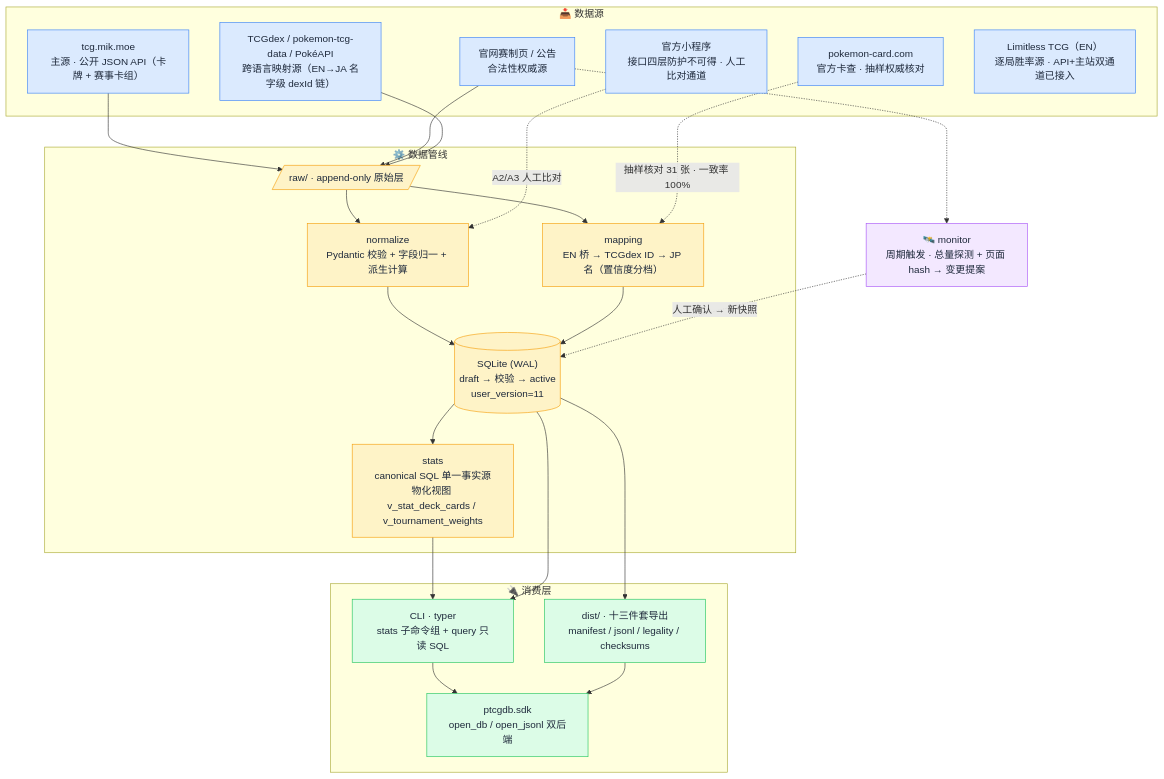
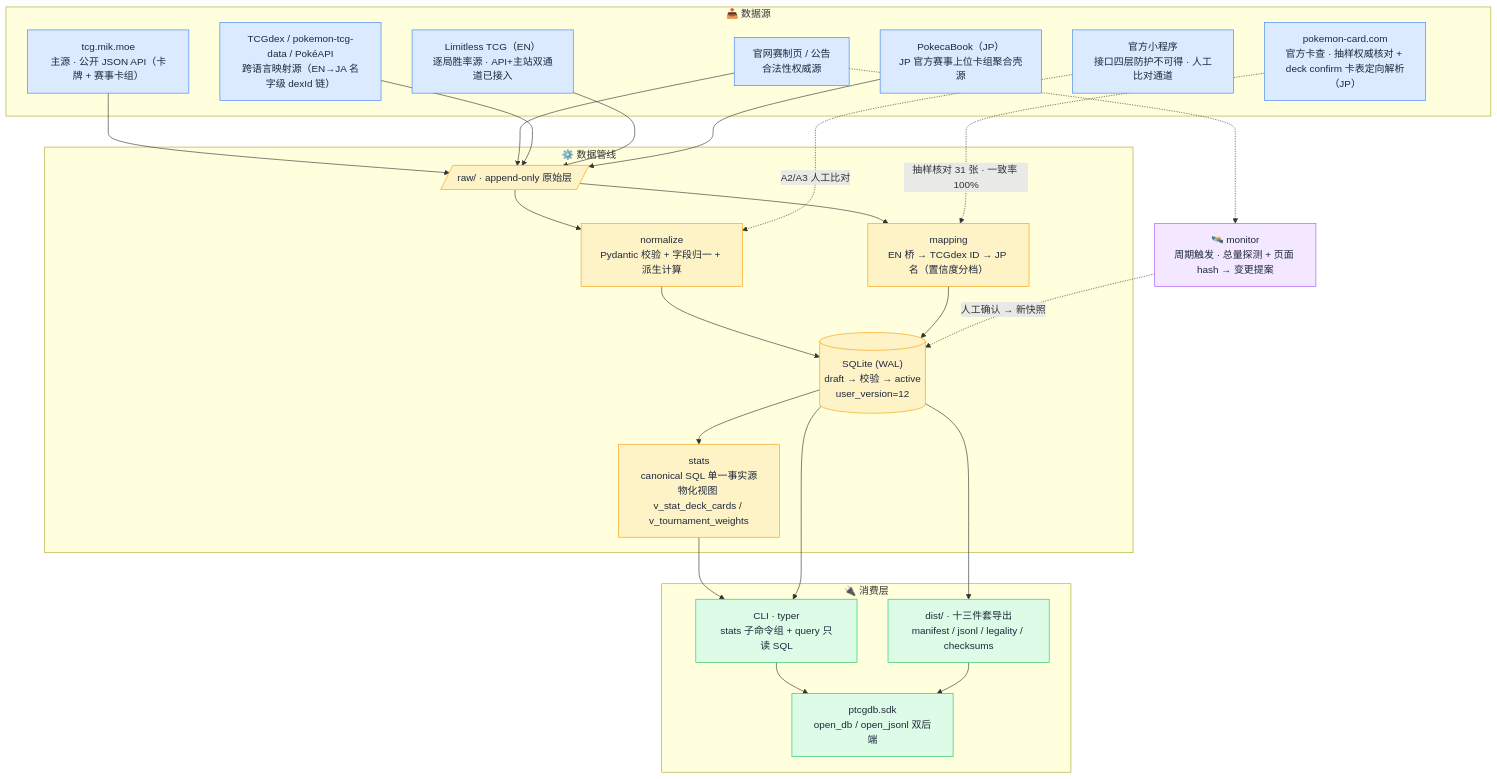
One commit to Bingtuu/ptcg-cn-db changed the diagram in README.md. Above: the diagram before and after it, drawn with Mermaid. The commit also changed other lines of this file, not shown here.

Commit message:
task(037): README 同步现状——三赛区赛事管线（186 赛）/ M10 达成 / PRD v1.21 / 747 测试 / JP 通道 CLI 与架构图

````diff
--- a/README.md
+++ b/README.md
@@ -89,52 +91,55 @@
 ```mermaid
 flowchart TB
     subgraph SRC["📥 数据源"]
         A["tcg.mik.moe<br/>主源 · 公开 JSON API（卡牌 + 赛事卡组）"]
         B["官网赛制页 / 公告<br/>合法性权威源"]
         C["官方小程序<br/>接口四层防护不可得 · 人工比对通道"]
         D["TCGdex / pokemon-tcg-data / PokéAPI<br/>跨语言映射源（EN→JA 名字级 dexId 链）"]
-        E["pokemon-card.com<br/>官方卡查 · 抽样权威核对"]
+        E["pokemon-card.com<br/>官方卡查 · 抽样权威核对 + deck confirm 卡表定向解析（JP）"]
         F["Limitless TCG（EN）<br/>逐局胜率源 · API+主站双通道已接入"]
+        G["PokecaBook（JP）<br/>JP 官方赛事上位卡组聚合壳源"]
     end
 
     subgraph PIPE["⚙️ 数据管线"]
         RAW[/"raw/ · append-only 原始层"/]
         NORM["normalize<br/>Pydantic 校验 + 字段归一 + 派生计算"]
         MAP["mapping<br/>EN 桥 → TCGdex ID → JP 名（置信度分档）"]
-        DB[("SQLite (WAL)<br/>draft → 校验 → active<br/>user_version=11")]
+        DB[("SQLite (WAL)<br/>draft → 校验 → active<br/>user_version=12")]
         STATS["stats<br/>canonical SQL 单一事实源<br/>物化视图 v_stat_deck_cards / v_tournament_weights"]
     end
 
     subgraph OUT["🔌 消费层"]
         CLI["CLI · typer<br/>stats 子命令组 + query 只读 SQL"]
         DIST["dist/ · 十三件套导出<br/>manifest / jsonl / legality / checksums"]
         SDK["ptcgdb.sdk<br/>open_db / open_jsonl 双后端"]
     end
 
     MON["🛰️ monitor<br/>周期触发 · 总量探测 + 页面 hash → 变更提案"]
 
     A --> RAW
     B --> RAW
     D --> RAW
+    F --> RAW
+    G --> RAW
     RAW --> NORM --> DB
     RAW --> MAP --> DB
     E -.->|抽样核对 31 张 · 一致率 100%| MAP
     C -.->|A2/A3 人工比对| NORM
     DB --> STATS
     STATS --> CLI
     DB --> CLI
     DB --> DIST
     CLI --> SDK
     DIST --> SDK
     B -.-> MON
     MON -.->|人工确认 → 新快照| DB
 
     classDef source fill:#dbeafe,stroke:#3b82f6,color:#1e293b;
     classDef pipe fill:#fef3c7,stroke:#f59e0b,color:#1e293b;
     classDef out fill:#dcfce7,stroke:#22c55e,color:#1e293b;
     classDef mon fill:#f3e8ff,stroke:#a855f7,color:#1e293b;
-    class A,B,C,D,E,F source;
+    class A,B,C,D,E,F,G source;
     class RAW,NORM,MAP,DB,STATS pipe;
     class CLI,DIST,SDK out;
     class MON mon;
 ```
````
